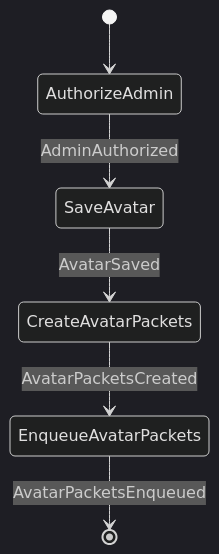
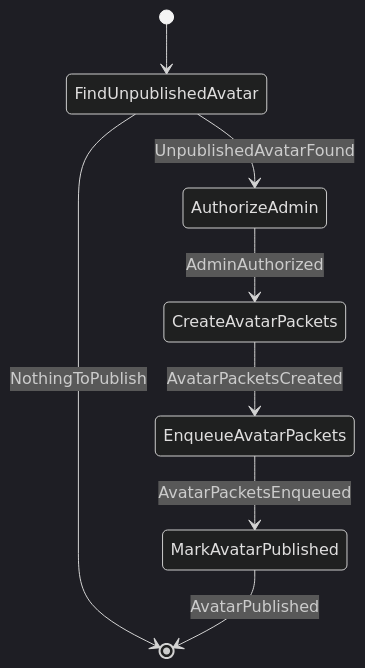
One commit to cbgm/Sparrow changed the ninth of 19 diagrams in docs/architecture/workflows/groupstate.md. Above: the diagram before and after it, drawn with Mermaid (dark theme). The commit also changed other lines of this file and 193 other files, not shown here.

````diff
--- a/docs/architecture/workflows/groupstate.md
+++ b/docs/architecture/workflows/groupstate.md
@@ -204,8 +232,10 @@
 ```mermaid
 stateDiagram-v2
-    [*] --> AuthorizeAdmin
-    AuthorizeAdmin --> SaveAvatar : AdminAuthorized
-    SaveAvatar --> CreateAvatarPackets : AvatarSaved
+    [*] --> FindUnpublishedAvatar
+    FindUnpublishedAvatar --> [*] : NothingToPublish
+    FindUnpublishedAvatar --> AuthorizeAdmin : UnpublishedAvatarFound
+    AuthorizeAdmin --> CreateAvatarPackets : AdminAuthorized
     CreateAvatarPackets --> EnqueueAvatarPackets : AvatarPacketsCreated
-    EnqueueAvatarPackets --> [*] : AvatarPacketsEnqueued
+    EnqueueAvatarPackets --> MarkAvatarPublished : AvatarPacketsEnqueued
+    MarkAvatarPublished --> [*] : AvatarPublished
 ```
````
